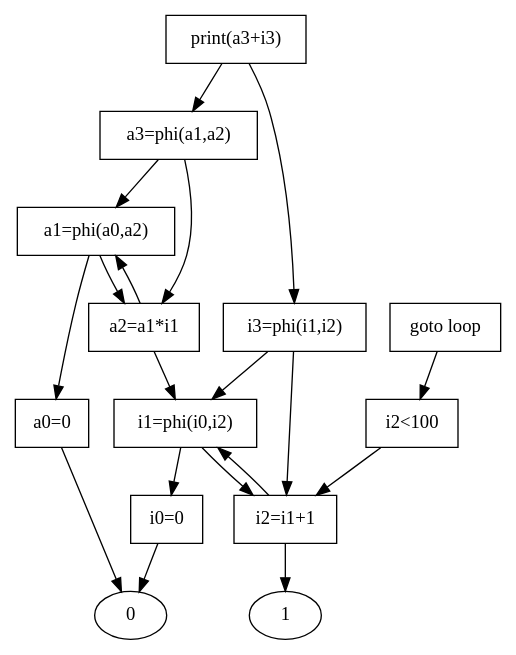
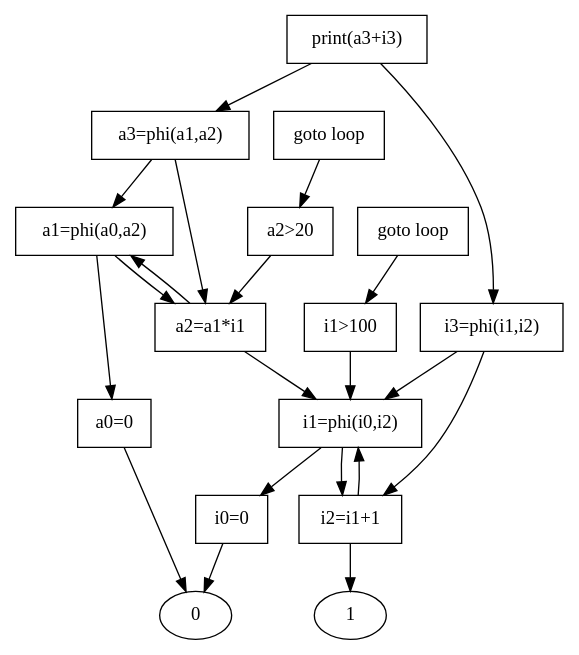
The diagram in book/part2/vsdg/img/ssa-graph-2.dot (pfalcon/ssabook), drawn with Graphviz before and after one commit. The commit also changed 4 other files, not shown here.

```diff
--- a/book/part2/vsdg/img/ssa-graph-2.dot
+++ b/book/part2/vsdg/img/ssa-graph-2.dot
@@ -1,32 +1,36 @@
 digraph G {
   a0 [label="a0=0", shape=box];
   i0 [label="i0=0", shape=box];
   a1 [label="a1=phi(a0,a2)", shape=box];
   i1 [label="i1=phi(i0,i2)", shape=box];
   a2 [label="a2=a1*i1", shape=box];
   i2 [label="i2=i1+1", shape=box];
-  test [label="i2<100", shape=box];
-  goto [label="goto loop", shape=box];
+  testi [label="i1>100", shape=box];
+  testa [label="a2>20", shape=box];
+  gotoa [label="goto loop", shape=box];
+  gotoi [label="goto loop", shape=box];
   a3 [label="a3=phi(a1,a2)", shape=box];
   i3 [label="i3=phi(i1,i2)", shape=box];
   print [label="print(a3+i3)", shape=box];
 
   print -> a3;
   print -> i3;
   i3 -> i1;
   i3 -> i2;
   a3 -> a1;
   a3 -> a2;
-  goto -> test;
-  test -> i2;
+  gotoi -> testi;
+  gotoa -> testa;
+  testi -> i1;
+  testa -> a2;
   i2 -> i1;
   i2 -> 1;
   a2 -> a1;
   a2 -> i1;
   i1 -> i0;
   i1 -> i2;
   a1 -> a0;
   a1 -> a2;
   i0 -> 0;
   a0 -> 0;
 }
```
